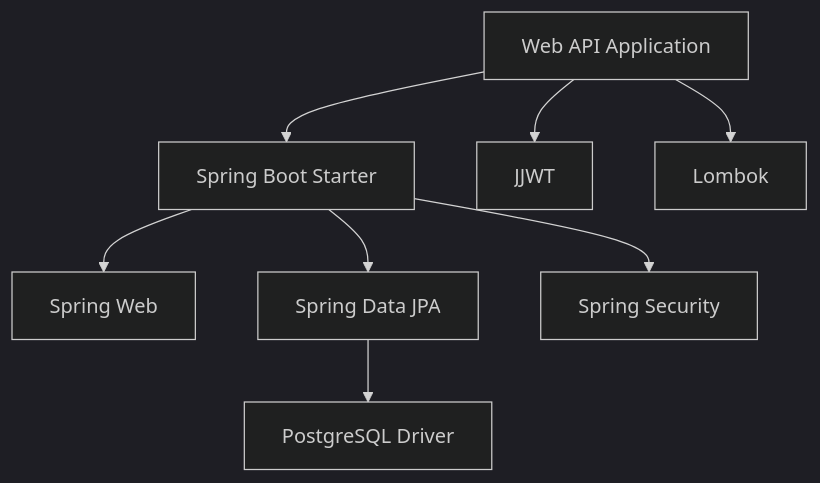
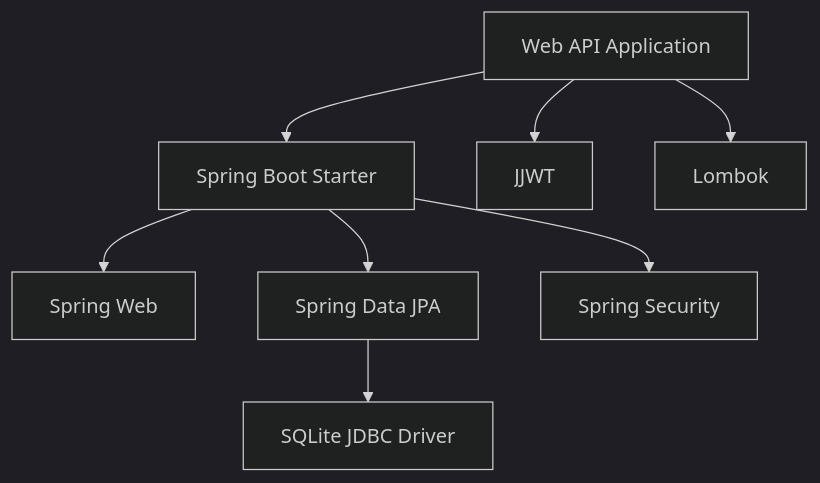
One commit to Takas0522/ws-demo-mobile-app changed the diagram in docs/architecture/10-dependency-management.md. Above: the diagram before and after it, drawn with Mermaid (dark theme). The commit also changed other lines of this file and 42 other files, not shown here.

First line of the commit message:
docs: update all PostgreSQL references to SQLite

````diff
--- a/docs/architecture/10-dependency-management.md
+++ b/docs/architecture/10-dependency-management.md
@@ -409,10 +409,10 @@
 ```mermaid
 graph TD
     App[Web API Application] --> SpringBoot[Spring Boot Starter]
     SpringBoot --> SpringWeb[Spring Web]
     SpringBoot --> SpringData[Spring Data JPA]
     SpringBoot --> SpringSecurity[Spring Security]
-    SpringData --> PostgreSQL[PostgreSQL Driver]
+    SpringData --> SQLite[SQLite JDBC Driver]
     App --> JWT[JJWT]
     App --> Lombok[Lombok]
 ```
````
